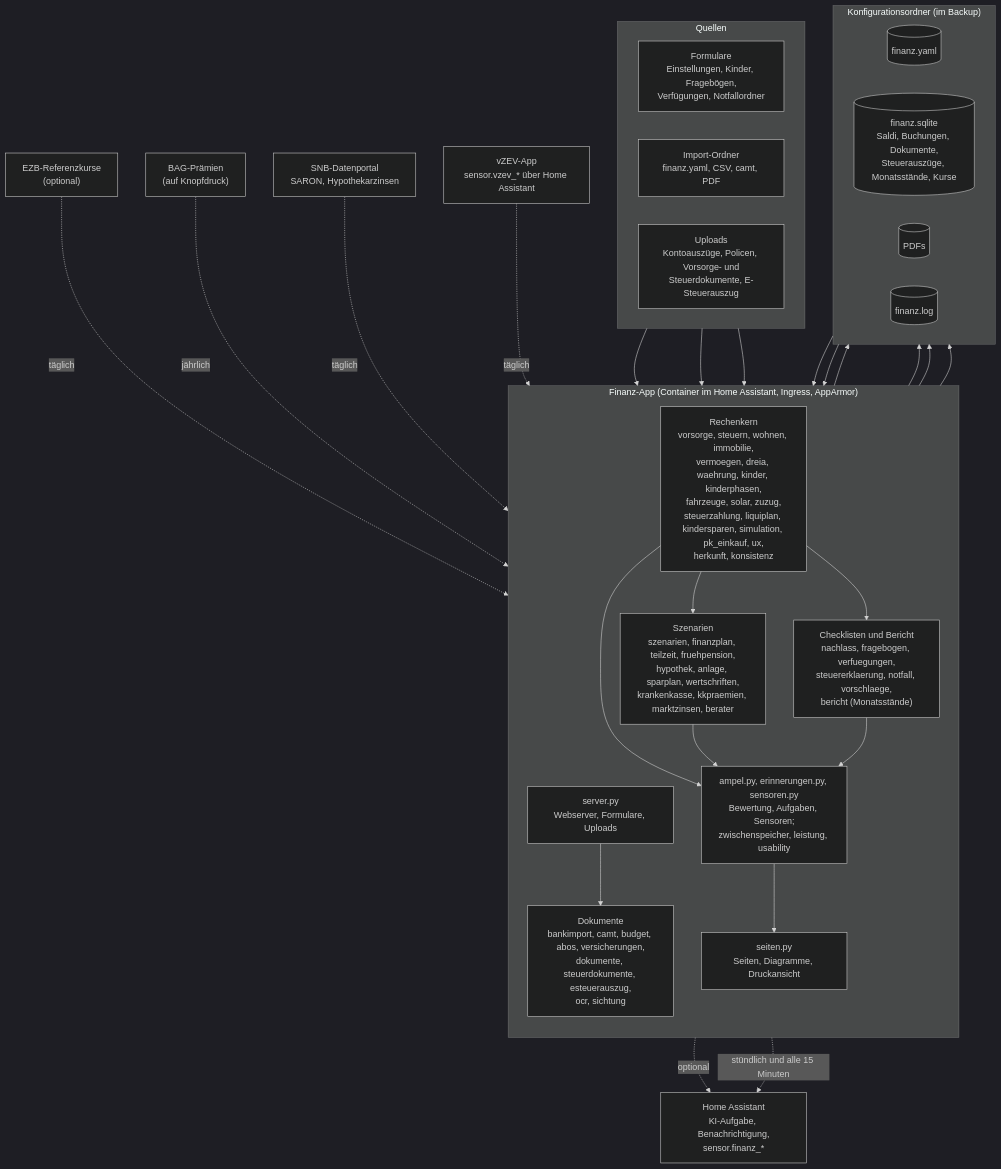
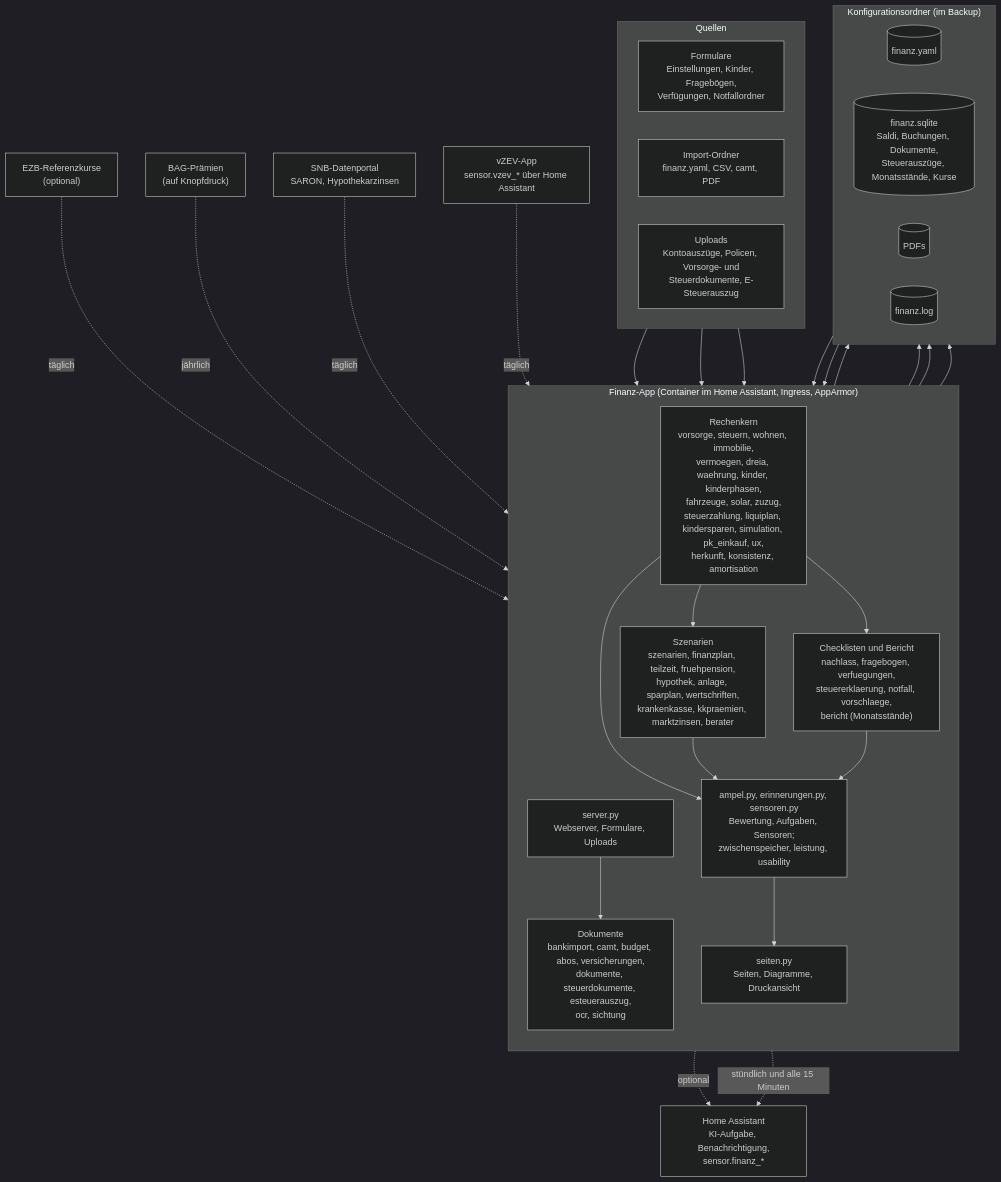
Before and after one commit to khu1985/finanz-ha: the diagram in docs/architektur.mmd, drawn with Mermaid (dark theme). The commit also changed 8 other files, not shown here.

```diff
--- a/docs/architektur.mmd
+++ b/docs/architektur.mmd
@@ -1,38 +1,38 @@
 flowchart TB
     subgraph Quellen
         direction LR
         F["Formulare<br/>Einstellungen, Kinder, Fragebögen,<br/>Verfügungen, Notfallordner"]
         I["Import-Ordner<br/>finanz.yaml, CSV, camt, PDF"]
         U["Uploads<br/>Kontoauszüge, Policen, Vorsorge- und<br/>Steuerdokumente, E-Steuerauszug"]
     end
     subgraph App["Finanz-App (Container im Home Assistant, Ingress, AppArmor)"]
         direction TB
         S["server.py<br/>Webserver, Formulare, Uploads"]
         D["Dokumente<br/>bankimport, camt, budget, abos, versicherungen,<br/>dokumente, steuerdokumente, esteuerauszug,<br/>ocr, sichtung"]
-        K["Rechenkern<br/>vorsorge, steuern, wohnen, immobilie,<br/>vermoegen, dreia, waehrung, kinder, kinderphasen,<br/>fahrzeuge, solar, zuzug,<br/>steuerzahlung, liquiplan, kindersparen, simulation, pk_einkauf, ux,<br/>herkunft, konsistenz"]
+        K["Rechenkern<br/>vorsorge, steuern, wohnen, immobilie,<br/>vermoegen, dreia, waehrung, kinder, kinderphasen,<br/>fahrzeuge, solar, zuzug,<br/>steuerzahlung, liquiplan, kindersparen, simulation, pk_einkauf, ux,<br/>herkunft, konsistenz, amortisation"]
         Z["Szenarien<br/>szenarien, finanzplan, teilzeit, fruehpension,<br/>hypothek, anlage, sparplan, wertschriften,<br/>krankenkasse, kkpraemien, marktzinsen, berater"]
         C["Checklisten und Bericht<br/>nachlass, fragebogen, verfuegungen,<br/>steuererklaerung, notfall, vorschlaege,<br/>bericht (Monatsstände)"]
         A["ampel.py, erinnerungen.py, sensoren.py<br/>Bewertung, Aufgaben, Sensoren;<br/>zwischenspeicher, leistung, usability"]
         SE["seiten.py<br/>Seiten, Diagramme, Druckansicht"]
     end
     subgraph Daten["Konfigurationsordner (im Backup)"]
         direction LR
         Y[("finanz.yaml")]
         DB[("finanz.sqlite<br/>Saldi, Buchungen, Dokumente,<br/>Steuerauszüge, Monatsstände, Kurse")]
         P[("PDFs")]
         L[("finanz.log")]
     end
     HA["Home Assistant<br/>KI-Aufgabe, Benachrichtigung,<br/>sensor.finanz_*"]
     F & I & U --> S
     S --> D --> DB & P
     S --> Y
     Y & DB --> K --> Z
     K --> C
     K & Z & C --> A --> SE
     Z -. optional .-> HA
     EZB["EZB-Referenzkurse<br/>(optional)"] -. täglich .-> K
     BAG["BAG-Prämien<br/>(auf Knopfdruck)"] -. jährlich .-> Z
     SNB["SNB-Datenportal<br/>SARON, Hypothekarzinsen"] -. täglich .-> Z
     A -. stündlich und alle 15 Minuten .-> HA
     VZ["vZEV-App<br/>sensor.vzev_* über Home Assistant"] -. täglich .-> K
     S --> L
```
